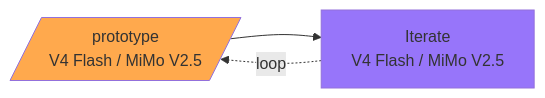
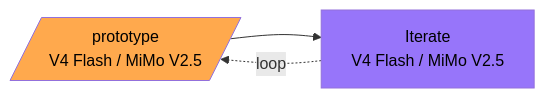
Before and after one commit to elisharkray1030/ai-coding-workflow: the fifth of 5 diagrams in README.md, drawn with Mermaid. The commit also changed other lines of this file, not shown here.

First line of the commit message:
Force black text on all diagram boxes for readability

````diff
--- a/README.md
+++ b/README.md
@@ -122,11 +122,11 @@
 ```mermaid
 graph LR
     PR[/prototype<br/>V4 Flash / MiMo V2.5/] --> IT[Iterate<br/>V4 Flash / MiMo V2.5]
     IT -.->|loop| PR
 
-    classDef orange fill:#ffa94d
-    classDef purple fill:#9775fa
+    classDef orange fill:#ffa94d,color:#000
+    classDef purple fill:#9775fa,color:#000
 
     class PR orange
     class IT purple
 ```
````
